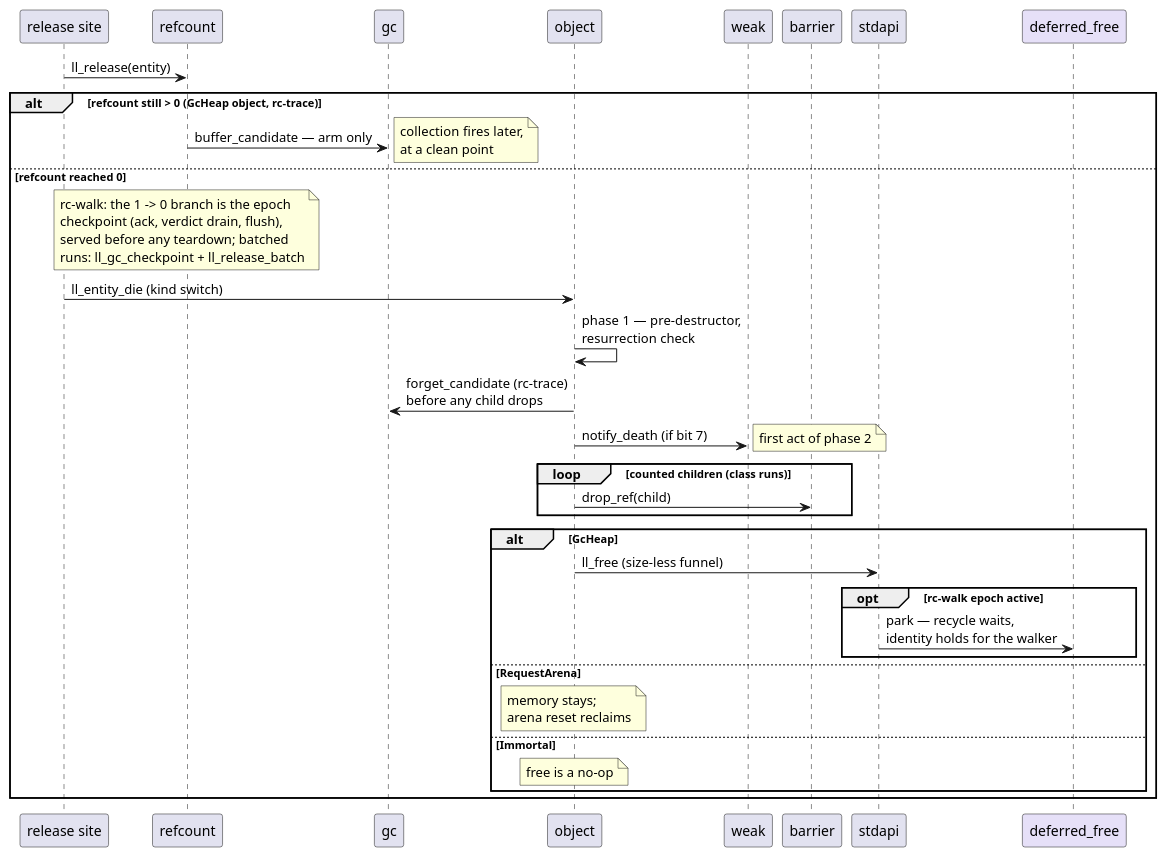
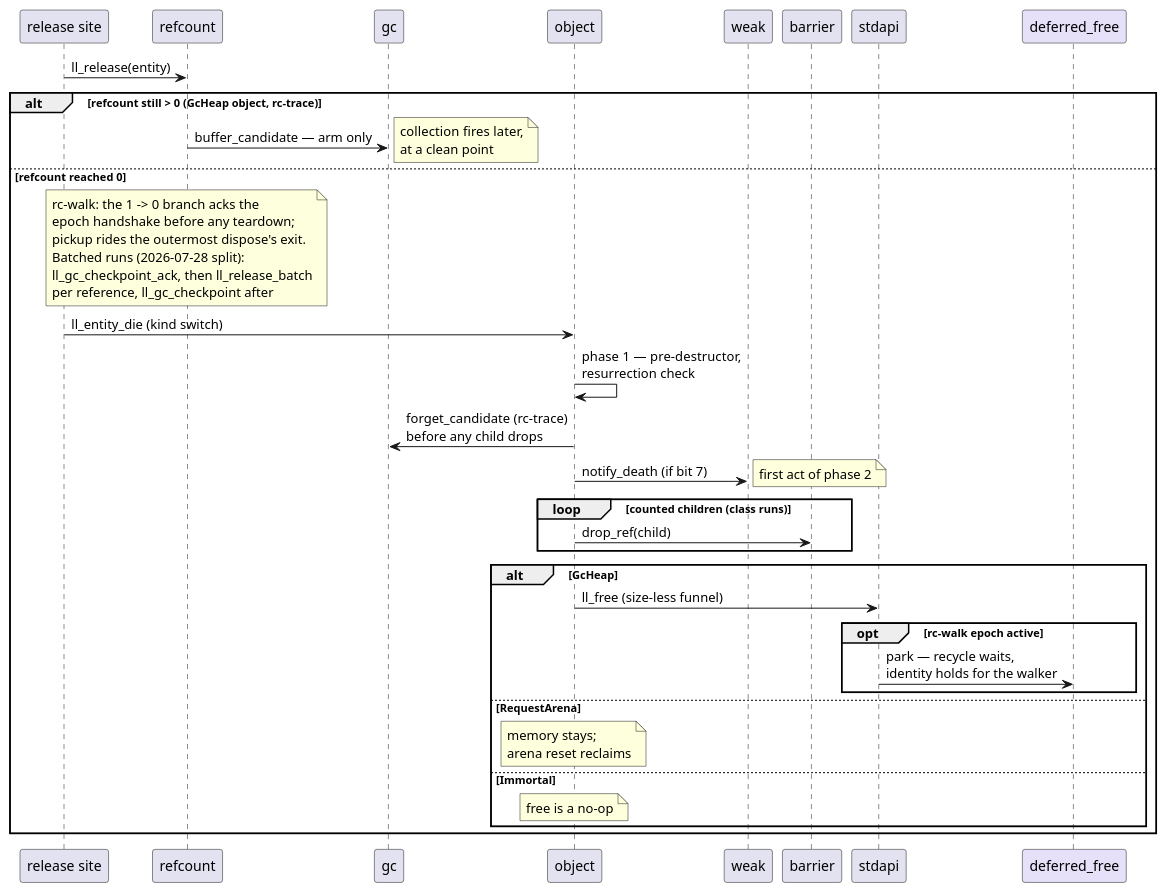
One commit to limelight-lang/model changed the fifth of 7 diagrams in docs/architecture.md. Above: the diagram before and after it, drawn with PlantUML. The commit also changed other lines of this file and 11 other files, not shown here.

````diff
--- a/docs/architecture.md
+++ b/docs/architecture.md
@@ -276,39 +276,39 @@
 ```plantuml
 @startuml
 skinparam shadowing false
 participant "release site" as site
 participant refcount
 participant gc
 participant object
 participant weak
 participant barrier
 participant stdapi
 participant deferred_free as deferred #E6E0F8
 
 site -> refcount : ll_release(entity)
 alt refcount still > 0 (GcHeap object, rc-trace)
   refcount -> gc : buffer_candidate — arm only
   note right : collection fires later,\nat a clean point
 else refcount reached 0
-  note over refcount : rc-walk: the 1 -> 0 branch is the epoch\ncheckpoint (ack, verdict drain, flush),\nserved before any teardown; batched\nruns: ll_gc_checkpoint + ll_release_batch
+  note over refcount : rc-walk: the 1 -> 0 branch acks the\nepoch handshake before any teardown;\npickup rides the outermost dispose's exit.\nBatched runs (2026-07-28 split):\nll_gc_checkpoint_ack, then ll_release_batch\nper reference, ll_gc_checkpoint after
   site -> object : ll_entity_die (kind switch)
   object -> object : phase 1 — pre-destructor,\nresurrection check
   object -> gc : forget_candidate (rc-trace)\nbefore any child drops
   object -> weak : notify_death (if bit 7)
   note right : first act of phase 2
   loop counted children (class runs)
     object -> barrier : drop_ref(child)
   end
   alt GcHeap
     object -> stdapi : ll_free (size-less funnel)
     opt rc-walk epoch active
       stdapi -> deferred : park — recycle waits,\nidentity holds for the walker
     end
   else RequestArena
     note over object : memory stays;\narena reset reclaims
   else Immortal
     note over object : free is a no-op
   end
 end
 @enduml
 ```
````
